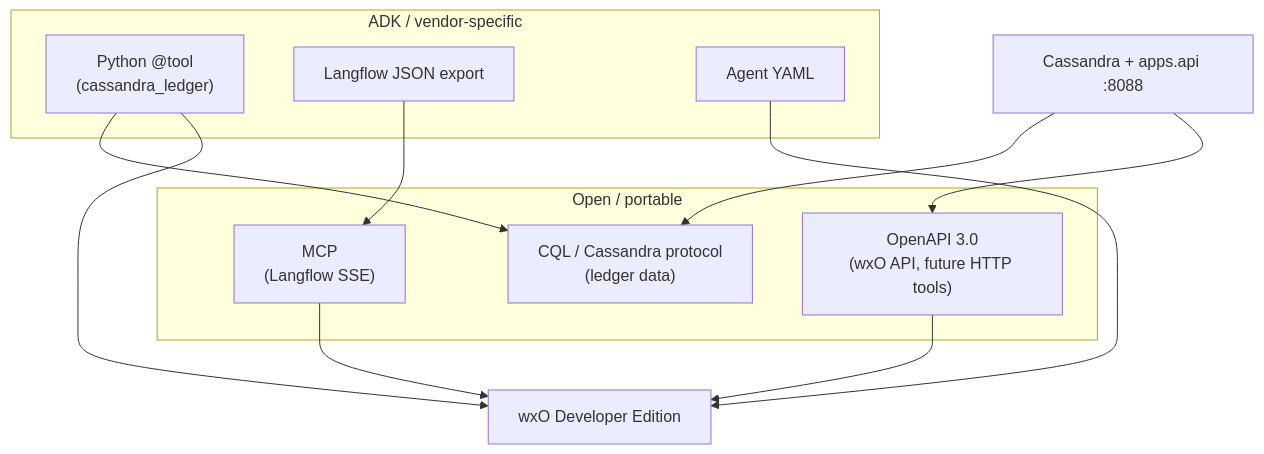
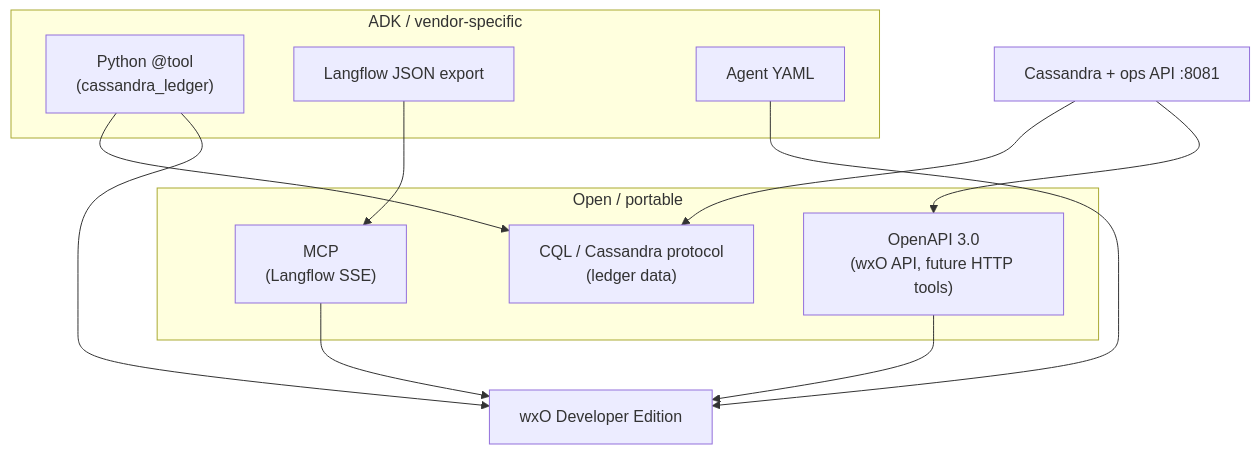
Before and after one commit to michelderu/wxd-globalparcel-demo: the third of 3 diagrams in 04-accelerate-ai/README.md, drawn with Mermaid. The commit also changed other lines of this file and 18 other files, not shown here.

````diff
--- a/04-accelerate-ai/README.md
+++ b/04-accelerate-ai/README.md
@@ -342,23 +342,23 @@
 ```mermaid
 flowchart TB
     subgraph open["Open / portable"]
         OAPI["OpenAPI 3.0\n(wxO API, future HTTP tools)"]
         MCP["MCP\n(Langflow SSE)"]
         CQL["CQL / Cassandra protocol\n(ledger data)"]
     end
 
     subgraph adk["ADK / vendor-specific"]
         PY["Python @tool\n(cassandra_ledger)"]
         LFJ["Langflow JSON export"]
         AGY["Agent YAML"]
     end
 
-    Host["Cassandra + apps.api :8088"] --> CQL
+    Host["Cassandra + ops API :8081"] --> CQL
     Host --> OAPI
     PY --> CQL
     LFJ --> MCP
     AGY --> WXO["wxO Developer Edition"]
     PY --> WXO
     OAPI --> WXO
     MCP --> WXO
 ```
````
